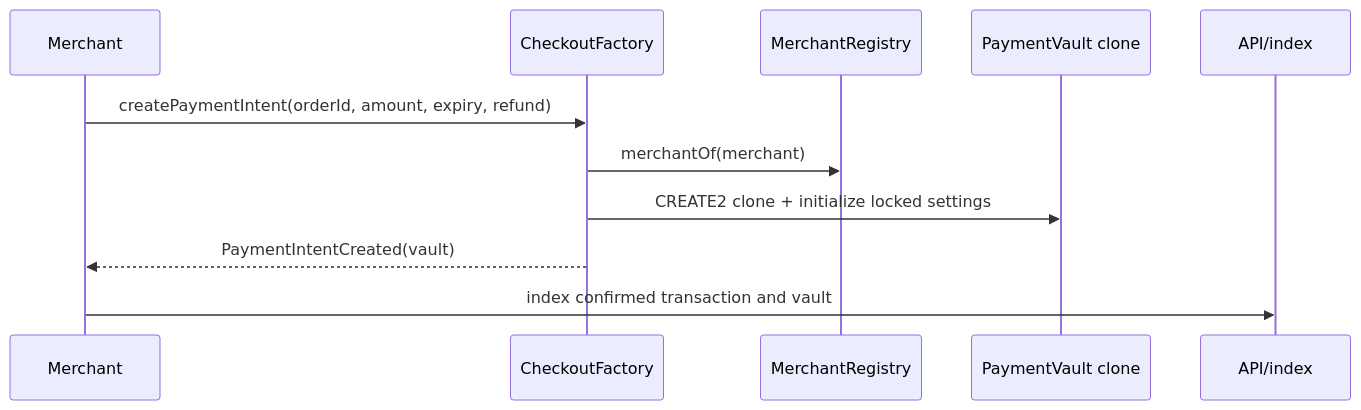
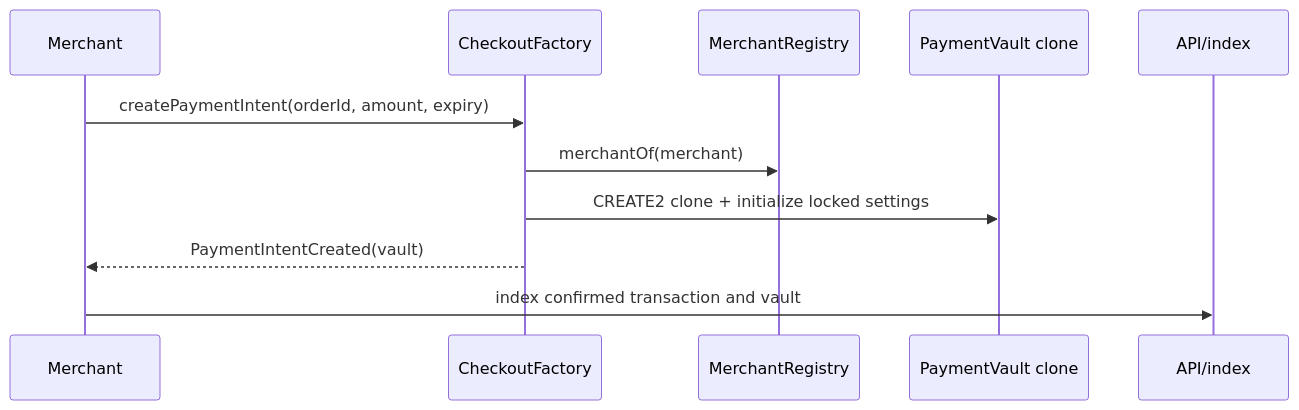
The second of 4 diagrams in docs/ARCHITECTURE.md (hitmol/Arc-Crosschain-Checkout), drawn with Mermaid before and after one commit. The commit also changed other lines of this file and 24 other files, not shown here.

````diff
--- a/docs/ARCHITECTURE.md
+++ b/docs/ARCHITECTURE.md
@@ -31,13 +31,13 @@
 ```mermaid
 sequenceDiagram
   participant M as Merchant
   participant F as CheckoutFactory
   participant R as MerchantRegistry
   participant V as PaymentVault clone
   participant A as API/index
-  M->>F: createPaymentIntent(orderId, amount, expiry, refund)
+  M->>F: createPaymentIntent(orderId, amount, expiry)
   F->>R: merchantOf(merchant)
   F->>V: CREATE2 clone + initialize locked settings
   F-->>M: PaymentIntentCreated(vault)
   M->>A: index confirmed transaction and vault
 ```
````
